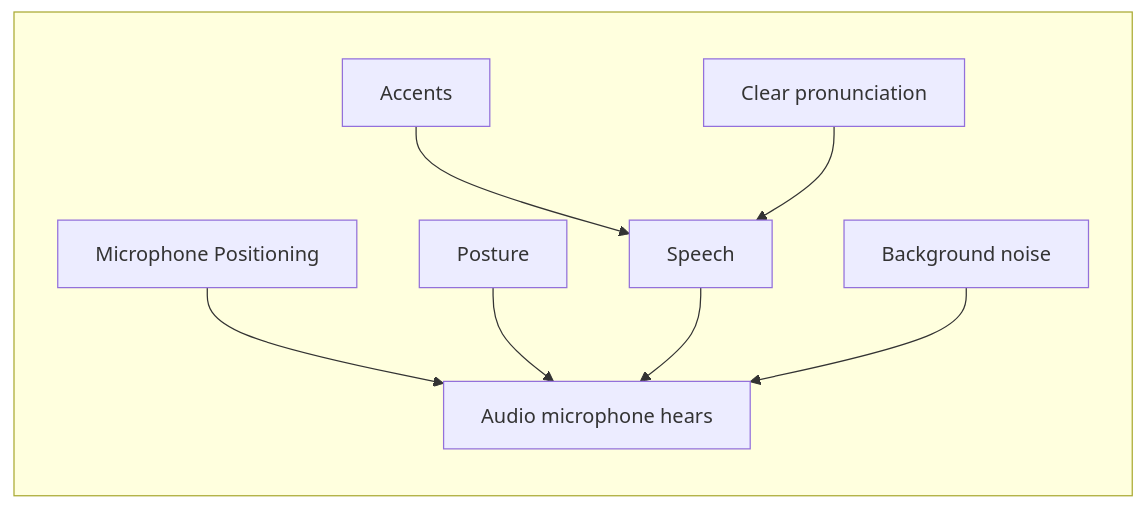
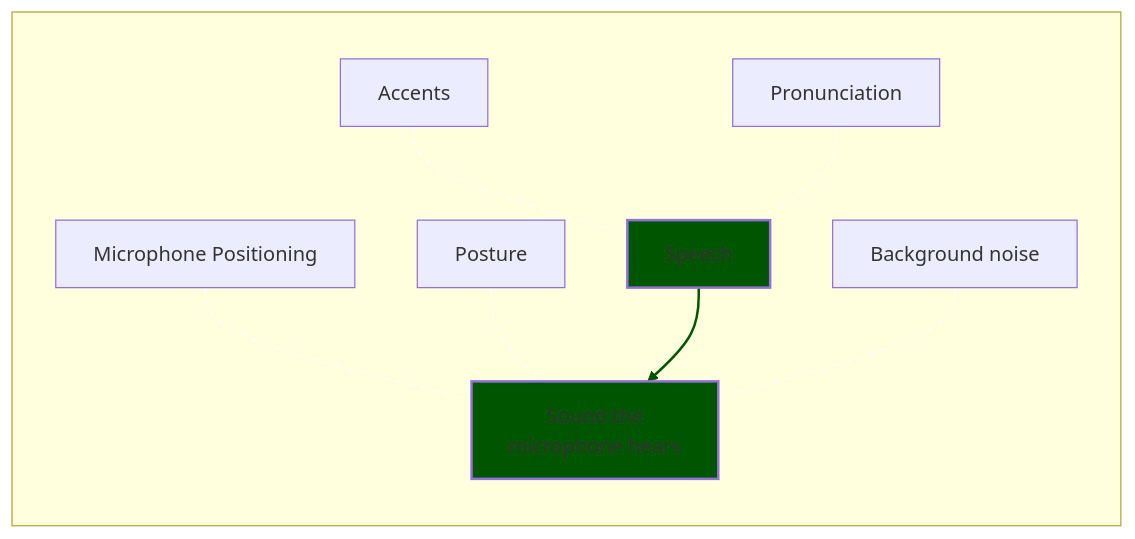
Before and after one commit to TalonCommunity/Wiki: the second of 4 diagrams in docs/Resource Hub/Speech Recognition/improving_recognition_accuracy.md, drawn with Mermaid. The commit also changed other lines of this file and 2 other files, not shown here.

````diff
--- a/docs/Resource Hub/Speech Recognition/improving_recognition_accuracy.md
+++ b/docs/Resource Hub/Speech Recognition/improving_recognition_accuracy.md
@@ -45,27 +45,34 @@
 ```mermaid
 flowchart
 
   subgraph " "
     direction TB
 
     accents[Accents]
-    accents --> speech
+    accents --- speech
 
-    clear_pronunciation[Clear pronunciation]
-    clear_pronunciation --> speech
+    clear_pronunciation[Pronunciation]
+    clear_pronunciation --- speech
 
     microphone_positioning[Microphone Positioning]
-    microphone_positioning --> audio_microphone_hears
+    microphone_positioning --- audio_microphone_hears
 
     posture[Posture]
-    posture --> audio_microphone_hears
+    posture --- audio_microphone_hears
 
     speech[Speech]
     speech --> audio_microphone_hears
 
     background_noise[Background noise]
-    background_noise --> audio_microphone_hears
+    background_noise --- audio_microphone_hears
 
-    audio_microphone_hears[Audio microphone hears]
+    audio_microphone_hears[Sound the 
+      microphone hears]
+
+    classDef mainInfoPath fill:#050,stroke-width:2px;
+    class audio_microphone_hears,speech mainInfoPath;
+
+    linkStyle 4 stroke:#050,stroke-width:2px,color:red;
+    linkStyle 0,1,2,3,5 stroke:#fff,color:black,stroke-dasharray: 5 5;
   end
 ```
````
